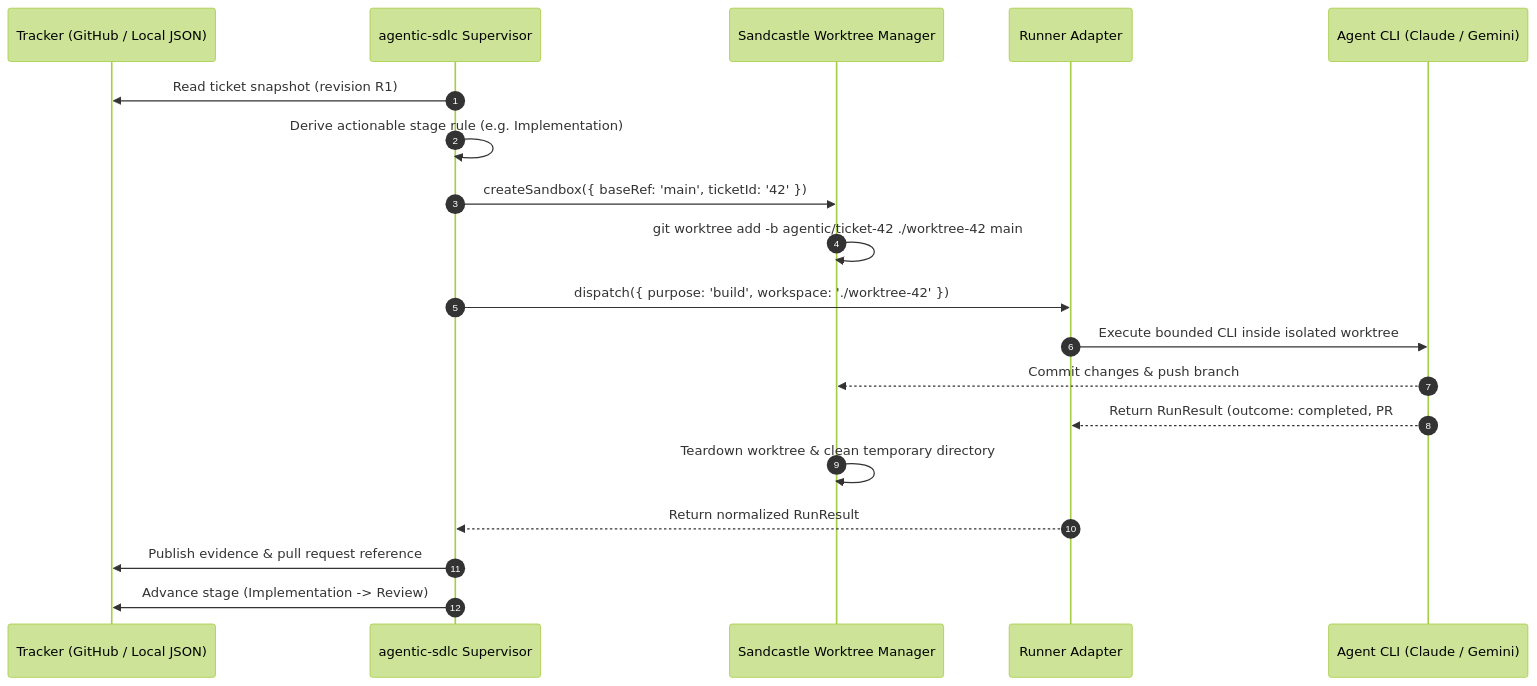
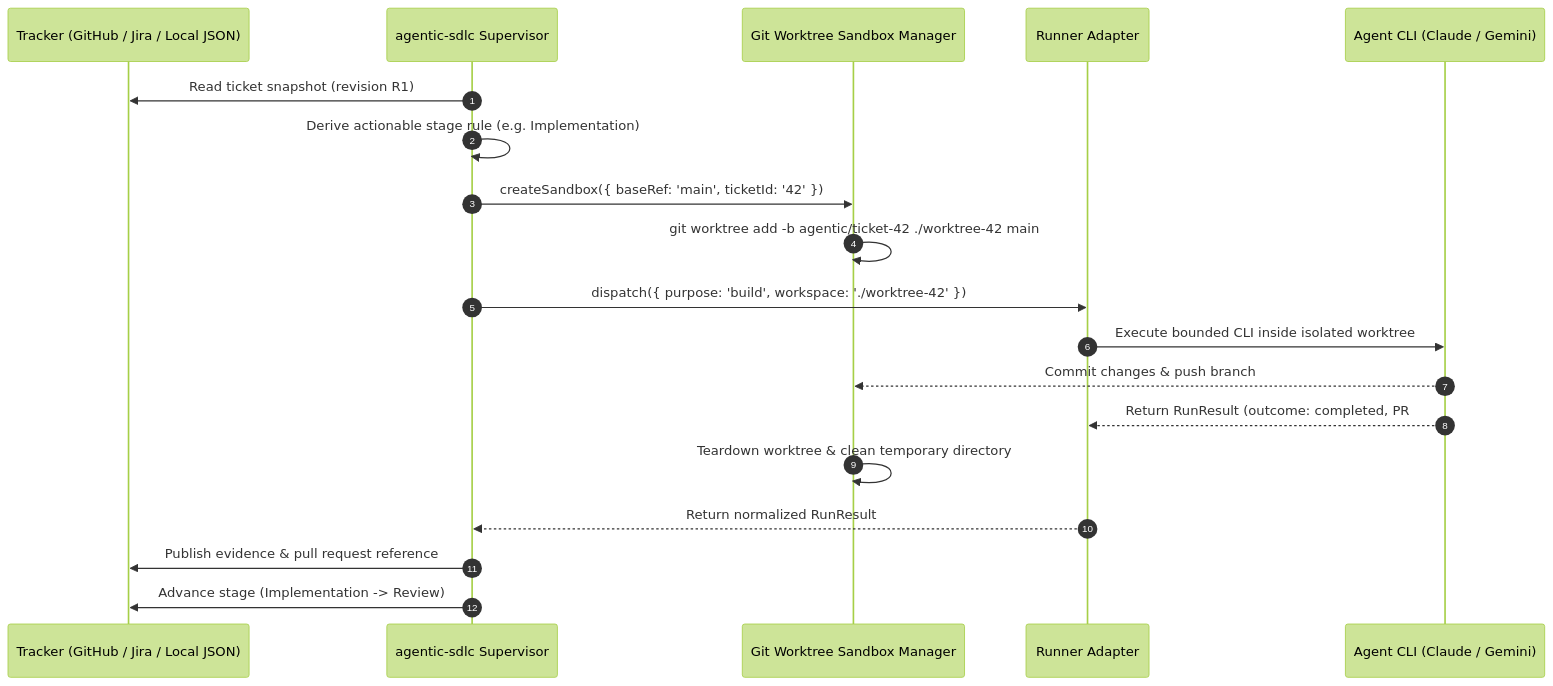
Before and after one commit to dmitriywind/agentic-sdlc: the second of 2 diagrams in README.md, drawn with Mermaid (forest theme). The commit also changed other lines of this file and 10 other files, not shown here.

````diff
--- a/README.md
+++ b/README.md
@@ -149,22 +150,22 @@
 ```mermaid
 sequenceDiagram
     autonumber
-    participant T as Tracker (GitHub / Local JSON)
+    participant T as Tracker (GitHub / Jira / Local JSON)
     participant S as agentic-sdlc Supervisor
-    participant W as Sandcastle Worktree Manager
+    participant W as Git Worktree Sandbox Manager
     participant R as Runner Adapter
     participant C as Agent CLI (Claude / Gemini)
 
     S->>T: Read ticket snapshot (revision R1)
     S->>S: Derive actionable stage rule (e.g. Implementation)
     S->>W: createSandbox({ baseRef: 'main', ticketId: '42' })
     W->>W: git worktree add -b agentic/ticket-42 ./worktree-42 main
     S->>R: dispatch({ purpose: 'build', workspace: './worktree-42' })
     R->>C: Execute bounded CLI inside isolated worktree
     C-->>W: Commit changes & push branch
     C-->>R: Return RunResult (outcome: completed, PR #10, evidence)
     W->>W: Teardown worktree & clean temporary directory
     R-->>S: Return normalized RunResult
     S->>T: Publish evidence & pull request reference
     S->>T: Advance stage (Implementation -> Review)
 ```
````
